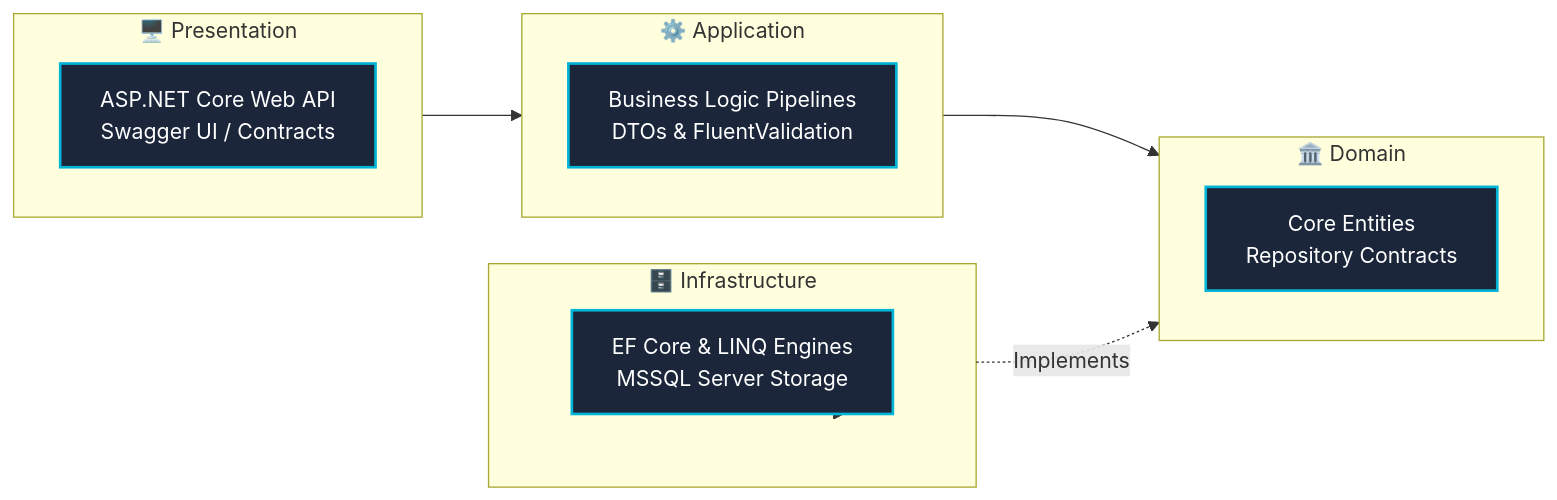
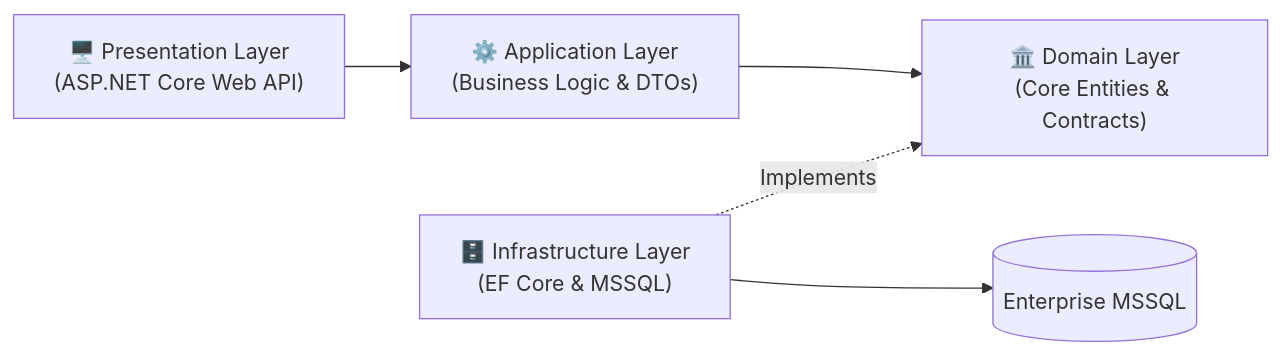
The diagram in README.md (codervi/codervi), drawn with Mermaid before and after one commit. The commit also changed other lines of this file, not shown here.

````diff
--- a/README.md
+++ b/README.md
@@ -41,26 +50,12 @@
 ```mermaid
 flowchart LR
-    classDef default fill:#0d1b2a,stroke:#00e5ff,stroke-width:1.5px,color:#e0e1dd;
-    classDef accent fill:#1b263b,stroke:#00b4d8,stroke-width:2px,color:#ffffff;
-
-    subgraph P["🖥️ Presentation"]
-        API["ASP.NET Core Web API<br/>Swagger UI / Contracts"]:::accent
-    end
-
-    subgraph A["⚙️ Application"]
-        Services["Business Logic Pipelines<br/>DTOs & FluentValidation"]:::accent
-    end
-
-    subgraph D["🏛️ Domain"]
-        Entities["Core Entities<br/>Repository Contracts"]:::accent
-    end
-
-    subgraph I["🗄️ Infrastructure"]
-        EF["EF Core & LINQ Engines<br/>MSSQL Server Storage"]:::accent
-    end
+    P["🖥️ Presentation Layer<br/>(ASP.NET Core Web API)"]
+    A["⚙️ Application Layer<br/>(Business Logic & DTOs)"]
+    D["🏛️ Domain Layer<br/>(Core Entities & Contracts)"]
+    I["🗄️ Infrastructure Layer<br/>(EF Core & MSSQL)"]
 
     P --> A
     A --> D
     I -.->|Implements| D
-    I --> EF
+    I --> DB[(Enterprise MSSQL)]
 ```
````
